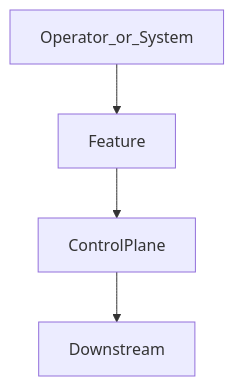
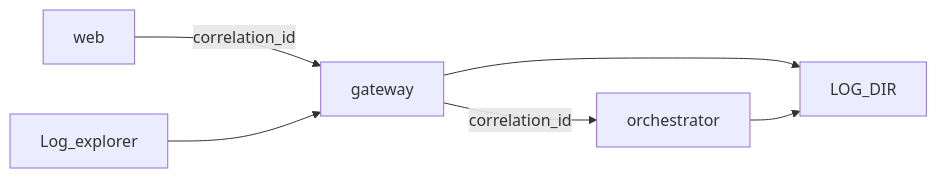
The diagram in docs/Development/Epic-01/phase-03/task-03-logging-system/diagram.md (llanesleonardo/controlPanelErpOdoo), drawn with Mermaid before and after one commit. The commit also changed other lines of this file and 194 other files, not shown here.

````diff
--- a/docs/Development/Epic-01/phase-03/task-03-logging-system/diagram.md
+++ b/docs/Development/Epic-01/phase-03/task-03-logging-system/diagram.md
@@ -7,6 +8,13 @@
 ```mermaid
-flowchart TD
-  A[Operator_or_System] --> B[Feature]
-  B --> C[ControlPlane]
-  C --> D[Downstream]
+flowchart LR
+  Web[web]
+  Gw[gateway]
+  Orch[orchestrator]
+  Files[LOG_DIR]
+  Explorer[Log_explorer]
+  Web -->|correlation_id| Gw
+  Gw -->|correlation_id| Orch
+  Gw --> Files
+  Orch --> Files
+  Explorer --> Gw
 ```
````
